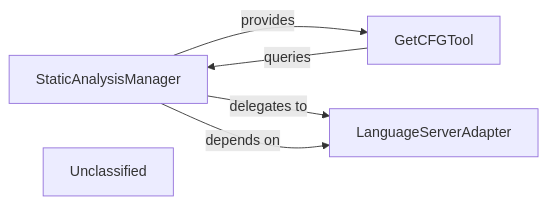
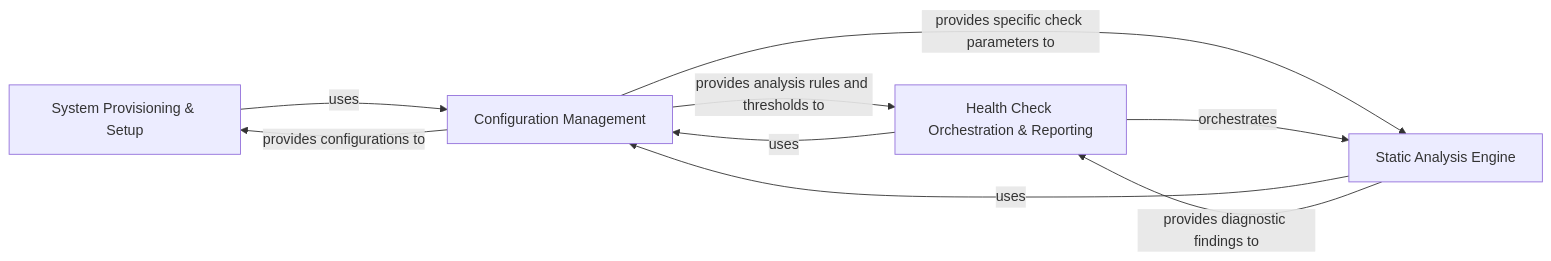
One commit to CodeBoarding/CodeBoarding changed the fifth of 6 diagrams in docs/development/architecture.md. Above: the diagram before and after it, drawn with Mermaid. The commit also changed other lines of this file and 13 other files, not shown here.

First line of the commit message:
docs: update codeboarding documentation and generate architecture

````diff
--- a/docs/development/architecture.md
+++ b/docs/development/architecture.md
@@ -285,11 +407,15 @@
 ```mermaid
 graph LR
-    StaticAnalysisManager["StaticAnalysisManager"]
-    GetCFGTool["GetCFGTool"]
-    LanguageServerAdapter["LanguageServerAdapter"]
-    Unclassified["Unclassified"]
-    GetCFGTool -- "queries" --> StaticAnalysisManager
-    StaticAnalysisManager -- "provides" --> GetCFGTool
-    StaticAnalysisManager -- "delegates to" --> LanguageServerAdapter
-    StaticAnalysisManager -- "depends on" --> LanguageServerAdapter
+    System_Provisioning_Setup["System Provisioning & Setup"]
+    Configuration_Management["Configuration Management"]
+    Health_Check_Orchestration_Reporting["Health Check Orchestration & Reporting"]
+    Static_Analysis_Engine["Static Analysis Engine"]
+    System_Provisioning_Setup -- "uses" --> Configuration_Management
+    Configuration_Management -- "provides configurations to" --> System_Provisioning_Setup
+    Configuration_Management -- "provides analysis rules and thresholds to" --> Health_Check_Orchestration_Reporting
+    Health_Check_Orchestration_Reporting -- "uses" --> Configuration_Management
+    Configuration_Management -- "provides specific check parameters to" --> Static_Analysis_Engine
+    Static_Analysis_Engine -- "uses" --> Configuration_Management
+    Health_Check_Orchestration_Reporting -- "orchestrates" --> Static_Analysis_Engine
+    Static_Analysis_Engine -- "provides diagnostic findings to" --> Health_Check_Orchestration_Reporting
 ```
````
